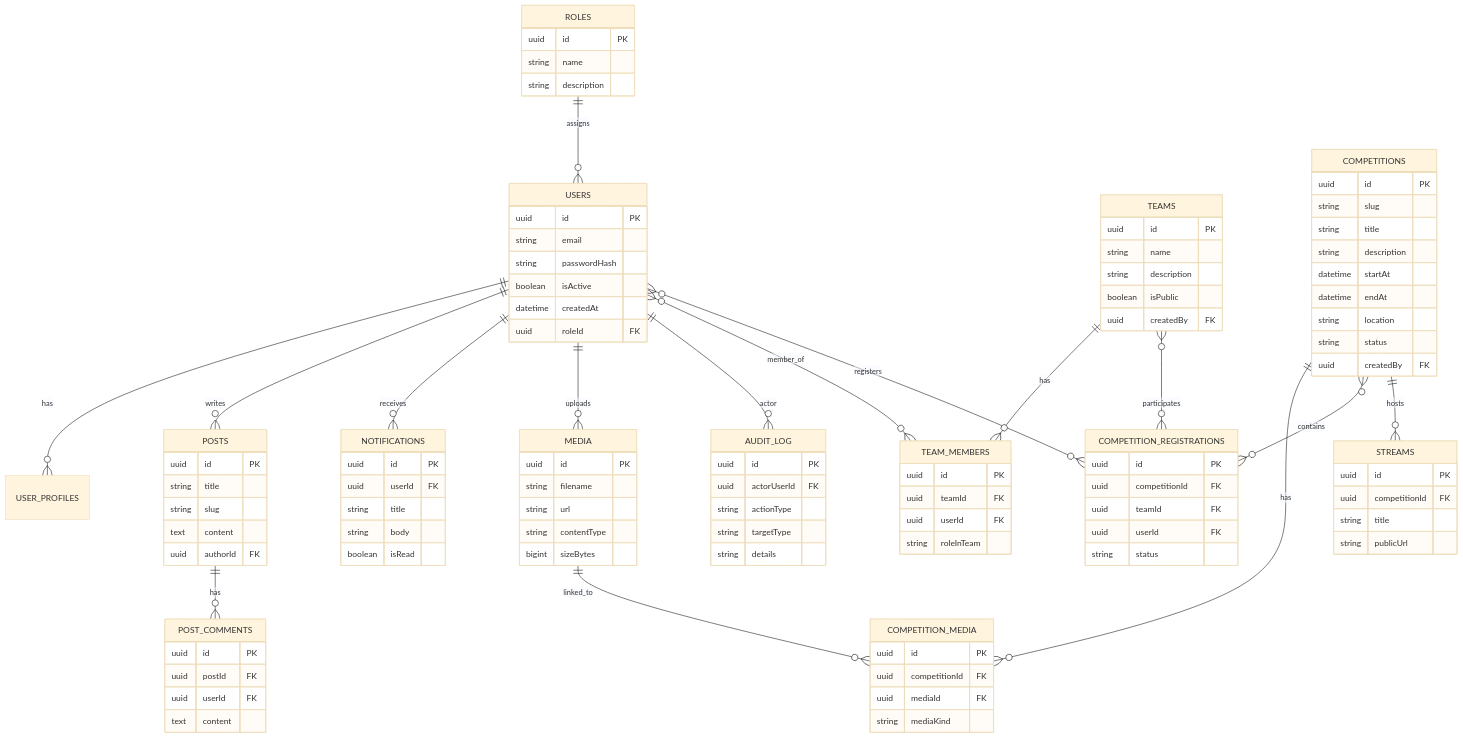
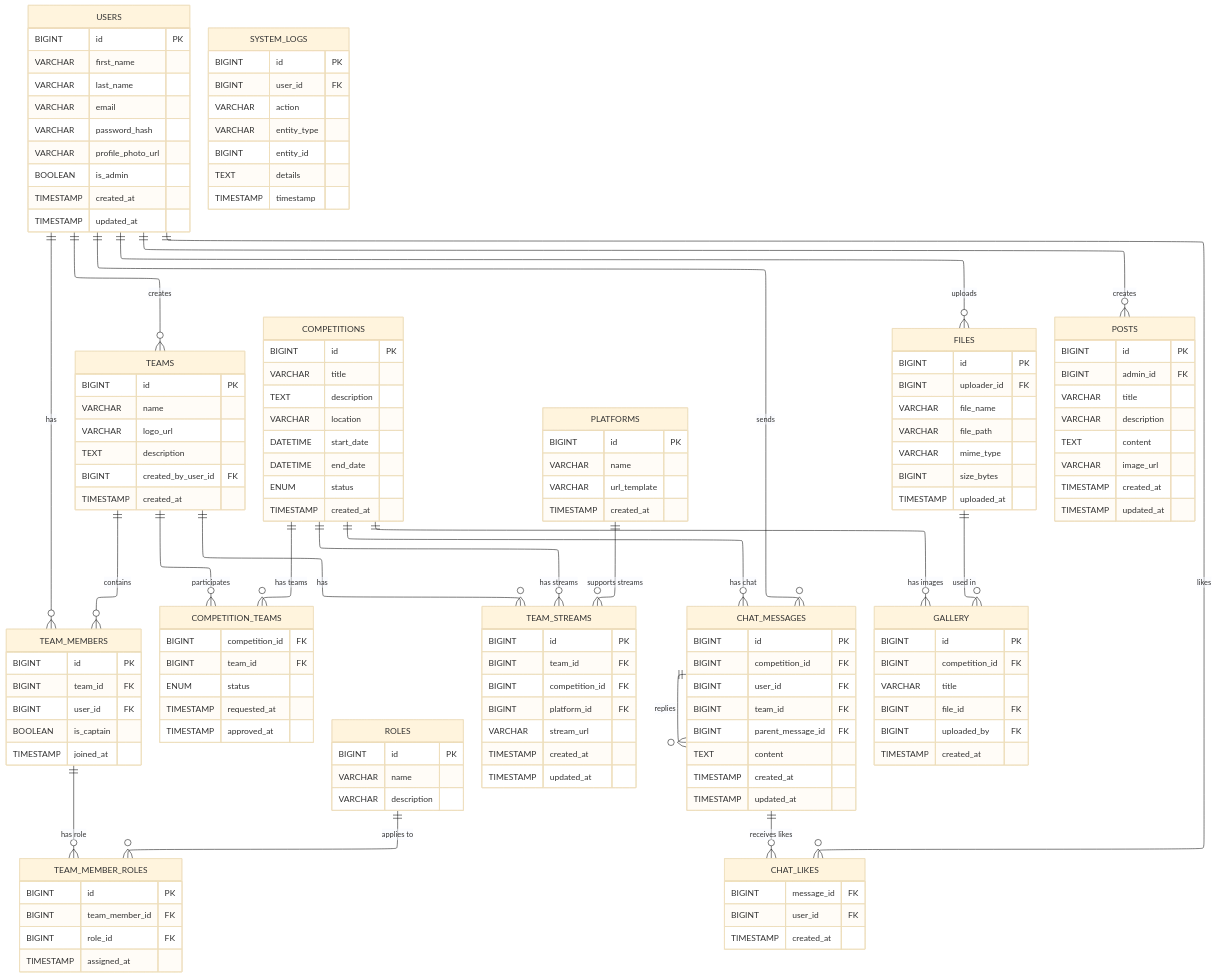
One commit to s-pl/RobEurope changed the diagram in README.md. Above: the diagram before and after it, drawn with Mermaid (base theme).

````diff
--- a/README.md
+++ b/README.md
@@ -14,126 +14,147 @@
 ```mermaid
+---
+config:
+  layout: elk
+---
 erDiagram
-    USERS ||--o{ USER_PROFILES : has
-    USERS ||--o{ POSTS : writes
-    USERS ||--o{ NOTIFICATIONS : receives
-    USERS ||--o{ MEDIA : uploads
-    USERS ||--o{ AUDIT_LOG : actor
-    USERS }o--o{ TEAM_MEMBERS : member_of
-    USERS }o--o{ COMPETITION_REGISTRATIONS : registers
+    USERS {
+        BIGINT id PK
+        VARCHAR first_name
+        VARCHAR last_name
+        VARCHAR email
+        VARCHAR password_hash
+        VARCHAR profile_photo_url
+        BOOLEAN is_admin
+        TIMESTAMP created_at
+        TIMESTAMP updated_at
+    }
+    TEAMS {
+        BIGINT id PK
+        VARCHAR name
+        VARCHAR logo_url
+        TEXT description
+        BIGINT created_by_user_id FK
+        TIMESTAMP created_at
+    }
+    TEAM_MEMBERS {
+        BIGINT id PK
+        BIGINT team_id FK
+        BIGINT user_id FK
+        BOOLEAN is_captain
+        TIMESTAMP joined_at
+    }
+    COMPETITIONS {
+        BIGINT id PK
+        VARCHAR title
+        TEXT description
+        VARCHAR location
+        DATETIME start_date
+        DATETIME end_date
+        ENUM status
+        TIMESTAMP created_at
+    }
+    COMPETITION_TEAMS {
+        BIGINT competition_id FK
+        BIGINT team_id FK
+        ENUM status
+        TIMESTAMP requested_at
+        TIMESTAMP approved_at
+    }
+    ROLES {
+        BIGINT id PK
+        VARCHAR name
+        VARCHAR description
+    }
+    TEAM_MEMBER_ROLES {
+        BIGINT id PK
+        BIGINT team_member_id FK
+        BIGINT role_id FK
+        TIMESTAMP assigned_at
+    }
+    PLATFORMS {
+        BIGINT id PK
+        VARCHAR name
+        VARCHAR url_template
+        TIMESTAMP created_at
+    }
+    TEAM_STREAMS {
+        BIGINT id PK
+        BIGINT team_id FK
+        BIGINT competition_id FK
+        BIGINT platform_id FK
+        VARCHAR stream_url
+        TIMESTAMP created_at
+        TIMESTAMP updated_at
+    }
+    CHAT_MESSAGES {
+        BIGINT id PK
+        BIGINT competition_id FK
+        BIGINT user_id FK
+        BIGINT team_id FK
+        BIGINT parent_message_id FK
+        TEXT content
+        TIMESTAMP created_at
+        TIMESTAMP updated_at
+    }
+    CHAT_LIKES {
+        BIGINT message_id FK
+        BIGINT user_id FK
+        TIMESTAMP created_at
+    }
+    FILES {
+        BIGINT id PK
+        BIGINT uploader_id FK
+        VARCHAR file_name
+        VARCHAR file_path
+        VARCHAR mime_type
+        BIGINT size_bytes
+        TIMESTAMP uploaded_at
+    }
+    GALLERY {
+        BIGINT id PK
+        BIGINT competition_id FK
+        VARCHAR title
+        BIGINT file_id FK
+        BIGINT uploaded_by FK
+        TIMESTAMP created_at
+    }
+    POSTS {
+        BIGINT id PK
+        BIGINT admin_id FK
+        VARCHAR title
+        VARCHAR description
+        TEXT content
+        VARCHAR image_url
+        TIMESTAMP created_at
+        TIMESTAMP updated_at
+    }
+    SYSTEM_LOGS {
+        BIGINT id PK
+        BIGINT user_id FK
+        VARCHAR action
+        VARCHAR entity_type
+        BIGINT entity_id
+        TEXT details
+        TIMESTAMP timestamp
+    }
+    USERS ||--o{ TEAM_MEMBERS : "has"
+    USERS ||--o{ CHAT_MESSAGES : "sends"
+    USERS ||--o{ CHAT_LIKES : "likes"
+    USERS ||--o{ FILES : "uploads"
+    USERS ||--o{ POSTS : "creates "
+    USERS ||--o{ TEAMS : "creates"
+    TEAMS ||--o{ TEAM_MEMBERS : "contains"
+    TEAMS ||--o{ COMPETITION_TEAMS : "participates"
+    TEAMS ||--o{ TEAM_STREAMS : "has"
+    TEAM_MEMBERS ||--o{ TEAM_MEMBER_ROLES : "has role"
+    ROLES ||--o{ TEAM_MEMBER_ROLES : "applies to"
+    COMPETITIONS ||--o{ COMPETITION_TEAMS : "has teams"
+    COMPETITIONS ||--o{ TEAM_STREAMS : "has streams"
+    COMPETITIONS ||--o{ CHAT_MESSAGES : "has chat"
+    COMPETITIONS ||--o{ GALLERY : "has images"
+    CHAT_MESSAGES ||--o{ CHAT_LIKES : "receives likes"
+    CHAT_MESSAGES ||--o{ CHAT_MESSAGES : "replies"
+    FILES ||--o{ GALLERY : "used in"
+    PLATFORMS ||--o{ TEAM_STREAMS : "supports streams"
 
-    ROLES ||--o{ USERS : assigns
-
-    TEAMS ||--o{ TEAM_MEMBERS : has
-    TEAMS }o--o{ COMPETITION_REGISTRATIONS : participates
-
-    COMPETITIONS ||--o{ COMPETITION_MEDIA : has
-    COMPETITIONS }o--o{ COMPETITION_REGISTRATIONS : contains
-    COMPETITIONS ||--o{ STREAMS : hosts
-
-    MEDIA ||--o{ COMPETITION_MEDIA : linked_to
-
-    POSTS ||--o{ POST_COMMENTS : has
-
-    USERS {
-        uuid id PK
-        string email
-        string passwordHash
-        boolean isActive
-        datetime createdAt
-        uuid roleId FK
-    }
-
-    ROLES {
-        uuid id PK
-        string name
-        string description
-    }
-
-    TEAMS {
-        uuid id PK
-        string name
-        string description
-        boolean isPublic
-        uuid createdBy FK
-    }
-
-    TEAM_MEMBERS {
-        uuid id PK
-        uuid teamId FK
-        uuid userId FK
-        string roleInTeam
-    }
-
-    COMPETITIONS {
-        uuid id PK
-        string slug
-        string title
-        string description
-        datetime startAt
-        datetime endAt
-        string location
-        string status
-        uuid createdBy FK
-    }
-
-    COMPETITION_REGISTRATIONS {
-        uuid id PK
-        uuid competitionId FK
-        uuid teamId FK
-        uuid userId FK
-        string status
-    }
-
-    COMPETITION_MEDIA {
-        uuid id PK
-        uuid competitionId FK
-        uuid mediaId FK
-        string mediaKind
-    }
-
-    MEDIA {
-        uuid id PK
-        string filename
-        string url
-        string contentType
-        bigint sizeBytes
-    }
-
-    POSTS {
-        uuid id PK
-        string title
-        string slug
-        text content
-        uuid authorId FK
-    }
-
-    POST_COMMENTS {
-        uuid id PK
-        uuid postId FK
-        uuid userId FK
-        text content
-    }
-
-    STREAMS {
-        uuid id PK
-        uuid competitionId FK
-        string title
-        string publicUrl
-    }
-
-    NOTIFICATIONS {
-        uuid id PK
-        uuid userId FK
-        string title
-        string body
-        boolean isRead
-    }
-
-    AUDIT_LOG {
-        uuid id PK
-        uuid actorUserId FK
-        string actionType
-        string targetType
-        string details
-    }
 ```
````
